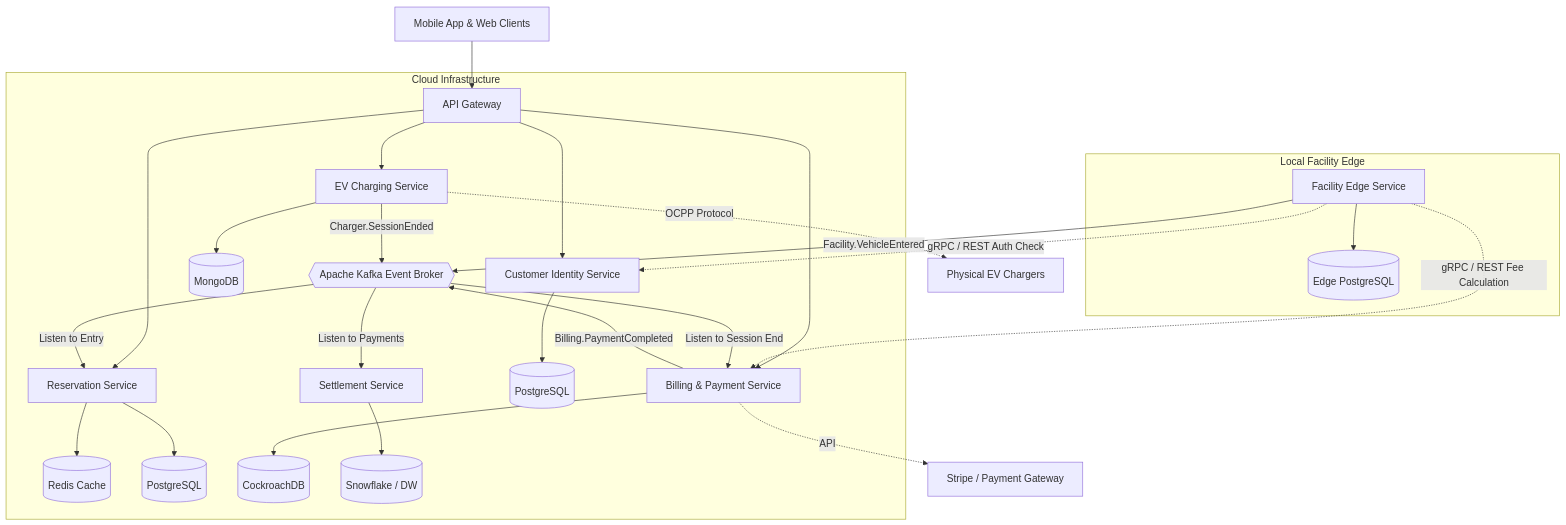
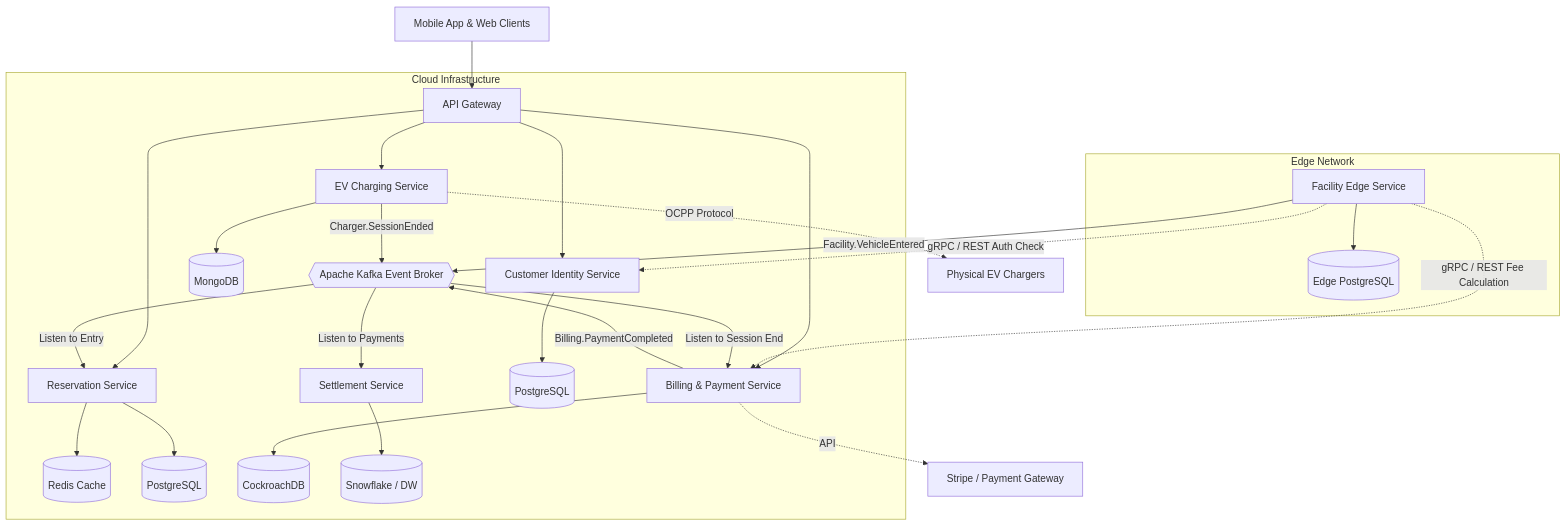
The diagram in project_3_software_design/10_Microservices_Architecture.md (phuocnguyen90/msse), drawn with Mermaid before and after one commit. The commit also changed 6 other files, not shown here.

Commit message:
fix project 3 mermaid graphs

````diff
--- a/project_3_software_design/10_Microservices_Architecture.md
+++ b/project_3_software_design/10_Microservices_Architecture.md
@@ -7,42 +7,38 @@
 ```mermaid
-graph TD
-    Client[Mobile App & Web Clients] --> API[API Gateway]
+flowchart TD
+    Client["Mobile App & Web Clients"] --> API["API Gateway"]
 
-    subgraph Edge Network [Local Facility Edge]
-        FS[Facility Edge Service] --> FDB[(Edge PostgreSQL)]
+    subgraph "Edge Network"
+        FS["Facility Edge Service"] --> FDB[("Edge PostgreSQL")]
     end
 
-    subgraph Cloud Infrastructure
-        API --> RS[Reservation Service]
-        API --> EV[EV Charging Service]
-        API --> CS[Customer Identity Service]
-        API --> BS[Billing & Payment Service]
-        
-        %% Service Databases
-        RS --> RDB1[(Redis Cache)]
-        RS --> RDB2[(PostgreSQL)]
-        EV --> EVDB[(MongoDB)]
-        CS --> CSDB[(PostgreSQL)]
-        BS --> BSDB[(CockroachDB)]
-        SS[Settlement Service] --> SSDB[(Snowflake / DW)]
-        
-        %% Synchronous Internal Calls
-        FS -.->|gRPC / REST Auth Check| CS
-        FS -.->|gRPC / REST Fee Calculation| BS
-        
-        %% Asynchronous Event Streaming
-        Kafka{{Apache Kafka Event Broker}}
-        
-        FS -->|Facility.VehicleEntered| Kafka
-        EV -->|Charger.SessionEnded| Kafka
-        BS -->|Billing.PaymentCompleted| Kafka
-        
-        Kafka -->|Listen to Entry| RS
-        Kafka -->|Listen to Session End| BS
-        Kafka -->|Listen to Payments| SS
+    subgraph "Cloud Infrastructure"
+        API --> RS["Reservation Service"]
+        API --> EV["EV Charging Service"]
+        API --> CS["Customer Identity Service"]
+        API --> BS["Billing & Payment Service"]
+
+        RS --> RDB1[("Redis Cache")]
+        RS --> RDB2[("PostgreSQL")]
+        EV --> EVDB[("MongoDB")]
+        CS --> CSDB[("PostgreSQL")]
+        BS --> BSDB[("CockroachDB")]
+        SS["Settlement Service"] --> SSDB[("Snowflake / DW")]
+
+        FS -.->|"gRPC / REST Auth Check"| CS
+        FS -.->|"gRPC / REST Fee Calculation"| BS
+
+        Kafka{{"Apache Kafka Event Broker"}}
+
+        FS -->|"Facility.VehicleEntered"| Kafka
+        EV -->|"Charger.SessionEnded"| Kafka
+        BS -->|"Billing.PaymentCompleted"| Kafka
+
+        Kafka -->|"Listen to Entry"| RS
+        Kafka -->|"Listen to Session End"| BS
+        Kafka -->|"Listen to Payments"| SS
     end
 
-    %% External Systems
-    EV -.->|OCPP Protocol| Hardware[Physical EV Chargers]
-    BS -.->|API| Stripe[Stripe / Payment Gateway]
+    EV -.->|"OCPP Protocol"| Hardware["Physical EV Chargers"]
+    BS -.->|"API"| Stripe["Stripe / Payment Gateway"]
 ```
````
